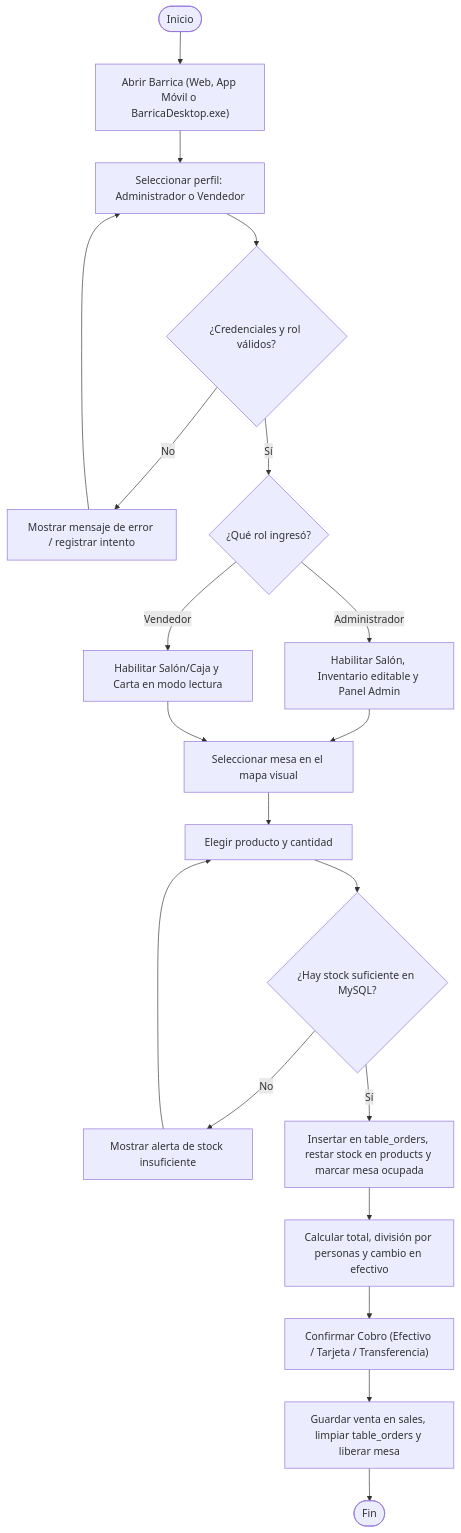
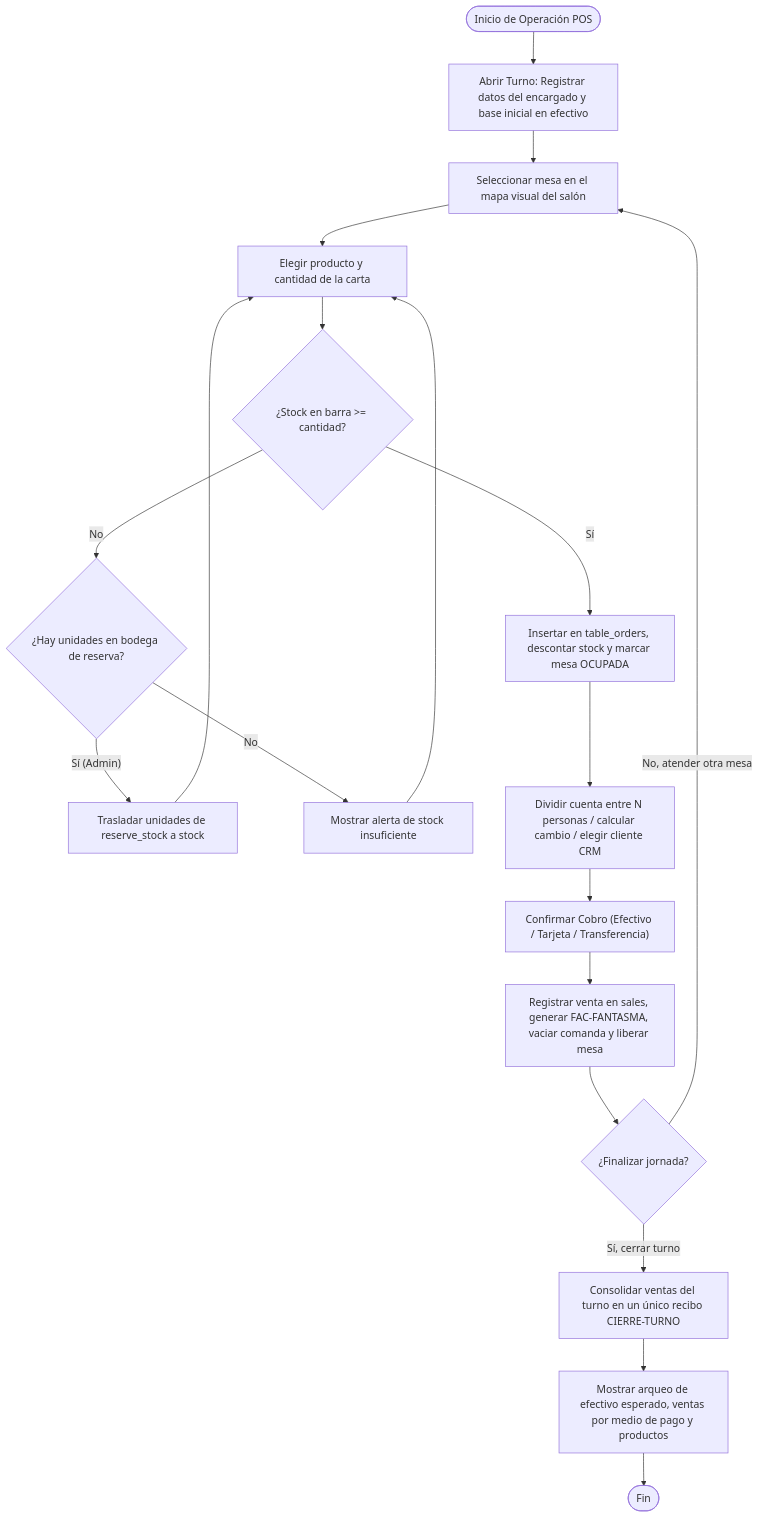
One commit to andresmunoz-dot/Gestion-Bar changed the fifth of 7 diagrams in docs/DOCUMENTACION_TECNICA.md. Above: the diagram before and after it, drawn with Mermaid. The commit also changed other lines of this file, not shown here.

````diff
--- a/docs/DOCUMENTACION_TECNICA.md
+++ b/docs/DOCUMENTACION_TECNICA.md
@@ -349,22 +420,21 @@
 ```mermaid
 flowchart TD
-    A(["Inicio"]) --> B["Abrir Barrica (Web, App Móvil o BarricaDesktop.exe)"]
-    B --> C["Seleccionar perfil: Administrador o Vendedor"]
-    C --> D{"¿Credenciales y rol válidos?"}
-    D -- "No" --> E["Mostrar mensaje de error / registrar intento"]
-    E --> C
-    D -- "Sí" --> F{"¿Qué rol ingresó?"}
-    F -- "Administrador" --> G["Habilitar Salón, Inventario editable y Panel Admin"]
-    F -- "Vendedor" --> H["Habilitar Salón/Caja y Carta en modo lectura"]
-    G --> I["Seleccionar mesa en el mapa visual"]
-    H --> I
-    I --> J["Elegir producto y cantidad"]
-    J --> K{"¿Hay stock suficiente en MySQL?"}
-    K -- "No" --> L["Mostrar alerta de stock insuficiente"]
-    L --> J
-    K -- "Sí" --> M["Insertar en table_orders, restar stock en products y marcar mesa ocupada"]
-    M --> N["Calcular total, división por personas y cambio en efectivo"]
-    N --> O["Confirmar Cobro (Efectivo / Tarjeta / Transferencia)"]
-    O --> P["Guardar venta en sales, limpiar table_orders y liberar mesa"]
-    P --> Q(["Fin"])
+    A(["Inicio de Operación POS"]) --> B["Abrir Turno: Registrar datos del encargado y base inicial en efectivo"]
+    B --> C["Seleccionar mesa en el mapa visual del salón"]
+    C --> D["Elegir producto y cantidad de la carta"]
+    D --> E{"¿Stock en barra >= cantidad?"}
+    E -- "No" --> F{"¿Hay unidades en bodega de reserva?"}
+    F -- "Sí (Admin)" --> G["Trasladar unidades de reserve_stock a stock"]
+    G --> D
+    F -- "No" --> H["Mostrar alerta de stock insuficiente"]
+    H --> D
+    E -- "Sí" --> I["Insertar en table_orders, descontar stock y marcar mesa OCUPADA"]
+    I --> J["Dividir cuenta entre N personas / calcular cambio / elegir cliente CRM"]
+    J --> K["Confirmar Cobro (Efectivo / Tarjeta / Transferencia)"]
+    K --> L["Registrar venta en sales, generar FAC-FANTASMA, vaciar comanda y liberar mesa"]
+    L --> M{"¿Finalizar jornada?"}
+    M -- "No, atender otra mesa" --> C
+    M -- "Sí, cerrar turno" --> N["Consolidar ventas del turno en un único recibo CIERRE-TURNO"]
+    N --> O["Mostrar arqueo de efectivo esperado, ventas por medio de pago y productos"]
+    O --> P(["Fin"])
 ```
````
